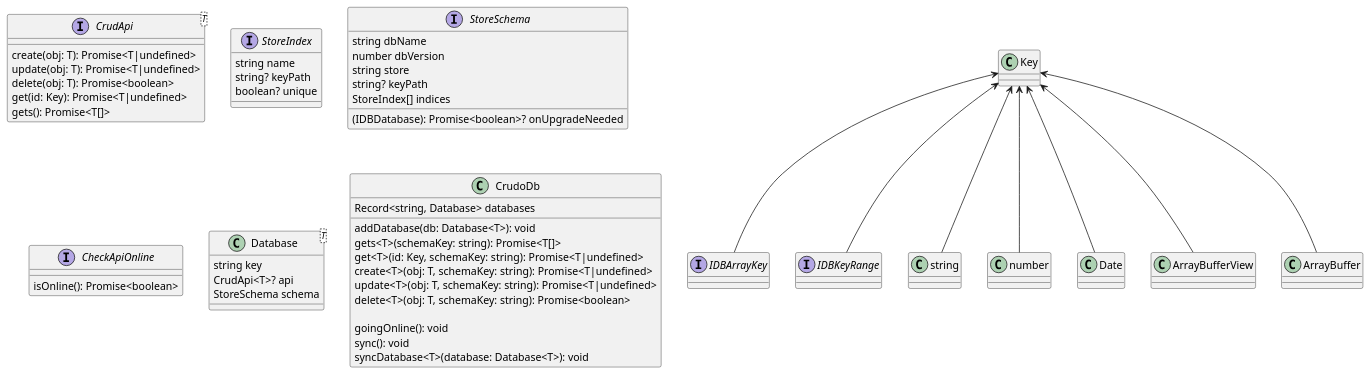
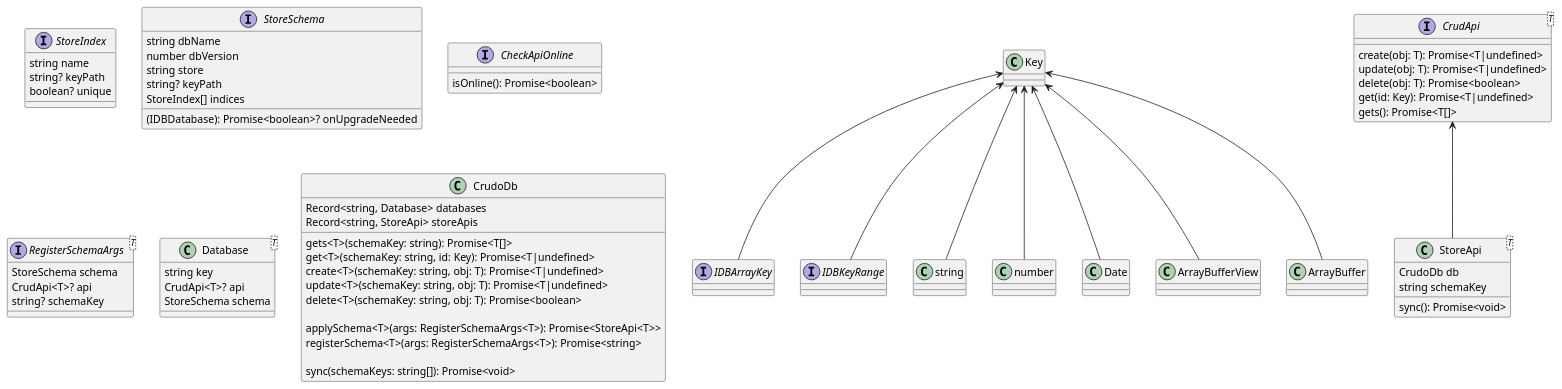
Before and after one commit to SourceCodeBot/crudodb: the diagram in docs/Types.puml, drawn with PlantUML. The commit also changed 11 other files, not shown here.

First line of the commit message:
BREAKING CHANGE: applySchema on crudodb simplify usage! feat: improve handling with crudodb

```diff
--- a/docs/Types.puml
+++ b/docs/Types.puml
@@ -1,62 +1,78 @@
 @startuml
 
 interface IDBArrayKey
 interface IDBKeyRange
 
 Key <-- string
 Key <-- number
 Key <-- Date
 Key <-- ArrayBufferView
 Key <-- ArrayBuffer
 Key <-- IDBArrayKey
 Key <-- IDBKeyRange
 
 interface CrudApi<T> {
   create(obj: T): Promise<T|undefined>
   update(obj: T): Promise<T|undefined>
   delete(obj: T): Promise<boolean>
   get(id: Key): Promise<T|undefined>
   gets(): Promise<T[]>
 }
 
 interface StoreIndex {
   string name
 	string? keyPath
 	boolean? unique
 }
 
 interface StoreSchema {
   string dbName
 	number dbVersion
 	string store
 	string? keyPath
 	StoreIndex[] indices
   (IDBDatabase): Promise<boolean>? onUpgradeNeeded
 }
 
 interface CheckApiOnline {
   isOnline(): Promise<boolean>
 }
 
+interface RegisterSchemaArgs<T> {
+  StoreSchema schema
+  CrudApi<T>? api
+  string? schemaKey
+}
+
 class Database<T> {
   string key
   CrudApi<T>? api
   StoreSchema schema
 }
 
 class CrudoDb {
   Record<string, Database> databases
+  Record<string, StoreApi> storeApis
 
-  addDatabase(db: Database<T>): void
   gets<T>(schemaKey: string): Promise<T[]>
-  get<T>(id: Key, schemaKey: string): Promise<T|undefined>
-  create<T>(obj: T, schemaKey: string): Promise<T|undefined>
-  update<T>(obj: T, schemaKey: string): Promise<T|undefined>
-  delete<T>(obj: T, schemaKey: string): Promise<boolean>
+  get<T>(schemaKey: string, id: Key): Promise<T|undefined>
+  create<T>(schemaKey: string, obj: T): Promise<T|undefined>
+  update<T>(schemaKey: string, obj: T): Promise<T|undefined>
+  delete<T>(schemaKey: string, obj: T): Promise<boolean>
 
-  goingOnline(): void
-  sync(): void
-  syncDatabase<T>(database: Database<T>): void
+  applySchema<T>(args: RegisterSchemaArgs<T>): Promise<StoreApi<T>>
+  registerSchema<T>(args: RegisterSchemaArgs<T>): Promise<string>
+
+  sync(schemaKeys: string[]): Promise<void>
 }
 
+class StoreApi<T> {
+  CrudoDb db
+  string schemaKey
+
+  sync(): Promise<void>
+}
+
+CrudApi <-- StoreApi
+
 @enduml
```
